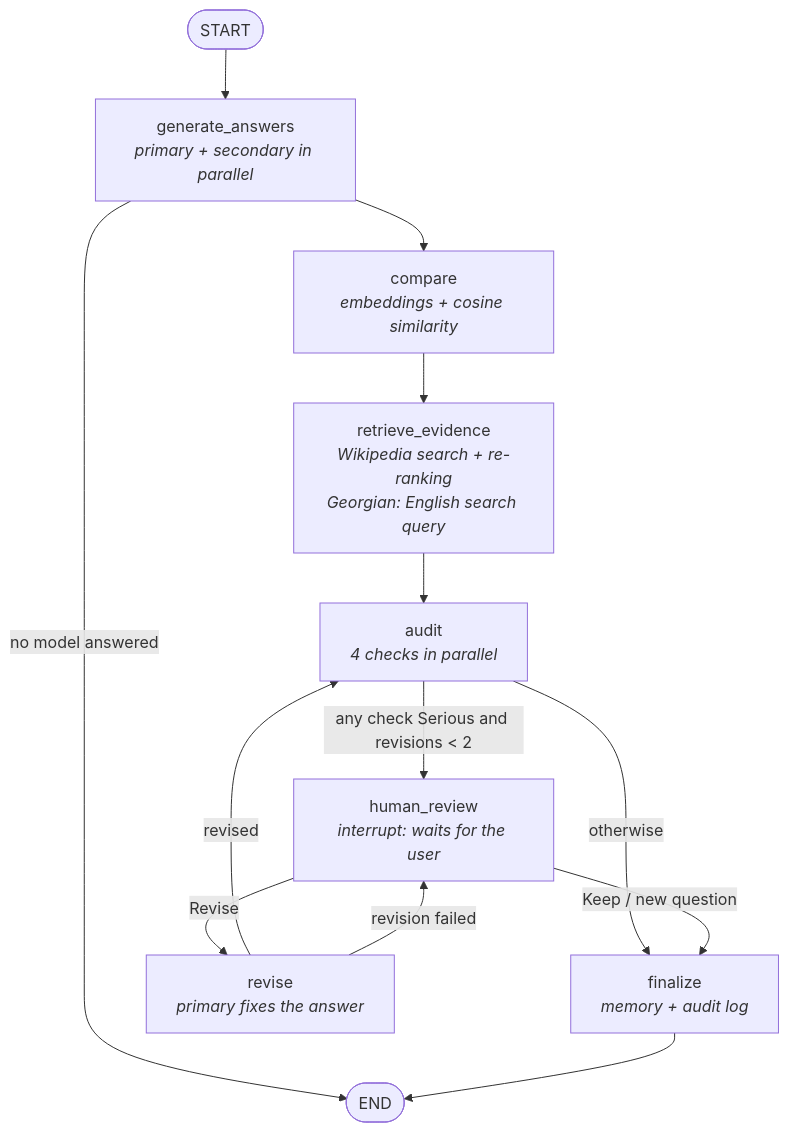
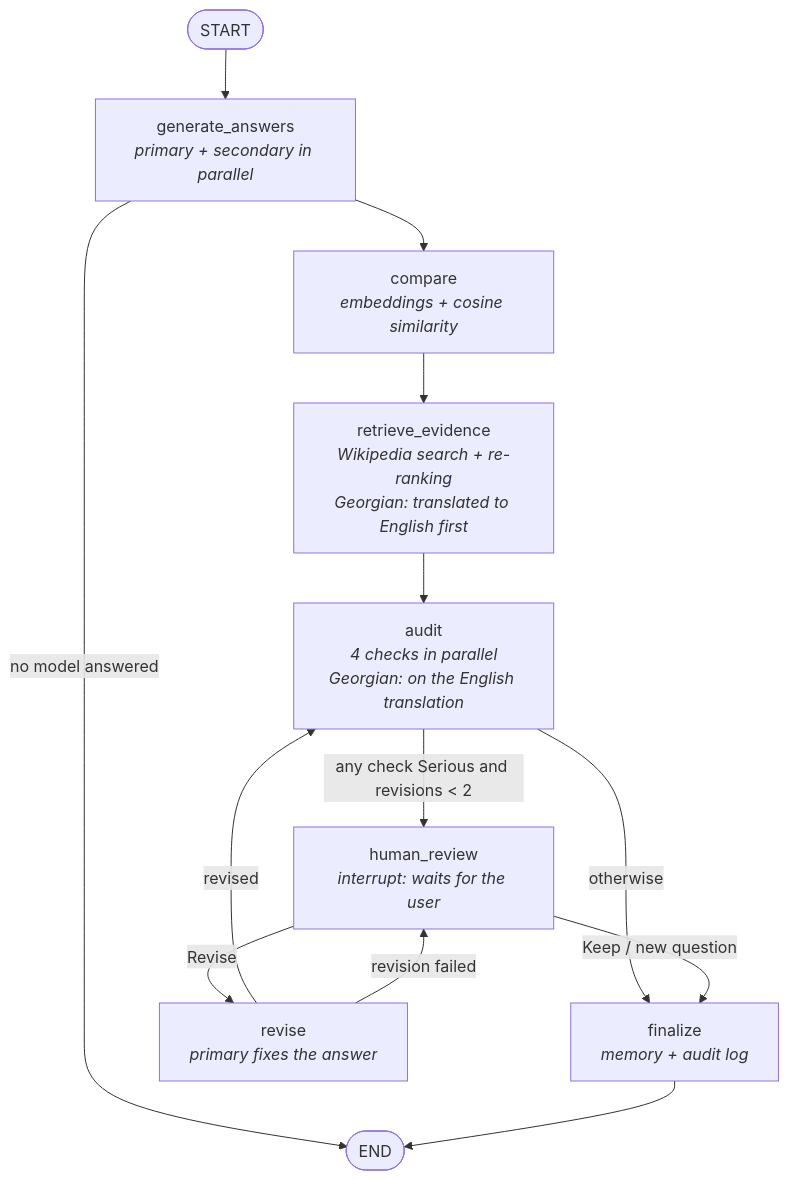
One commit to tamarkilasonia/VerdictAI changed the diagram in README.md. Above: the diagram before and after it, drawn with Mermaid. The commit also changed other lines of this file and 6 other files, not shown here.

First line of the commit message:
Check Georgian answers in English translation

````diff
--- a/README.md
+++ b/README.md
@@ -53,15 +56,15 @@
 ```mermaid
 flowchart TD
     S([START]) --> G[generate_answers<br/><i>primary + secondary in parallel</i>]
     G -->|no model answered| E([END])
     G --> C[compare<br/><i>embeddings + cosine similarity</i>]
-    C --> R[retrieve_evidence<br/><i>Wikipedia search + re-ranking<br/>Georgian: English search query</i>]
-    R --> A[audit<br/><i>4 checks in parallel</i>]
+    C --> R[retrieve_evidence<br/><i>Wikipedia search + re-ranking<br/>Georgian: translated to English first</i>]
+    R --> A[audit<br/><i>4 checks in parallel<br/>Georgian: on the English translation</i>]
     A -->|"any check Serious and revisions < 2"| H[human_review<br/><i>interrupt: waits for the user</i>]
     A -->|otherwise| F[finalize<br/><i>memory + audit log</i>]
     H -->|Revise| V[revise<br/><i>primary fixes the answer</i>]
     H -->|Keep / new question| F
     V -->|revised| A
     V -->|revision failed| H
     F --> E
 ```
````
